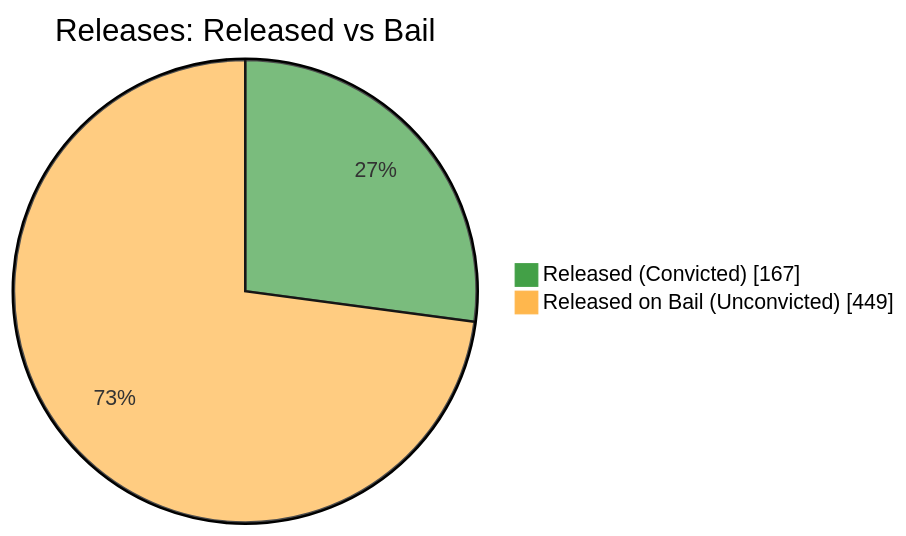
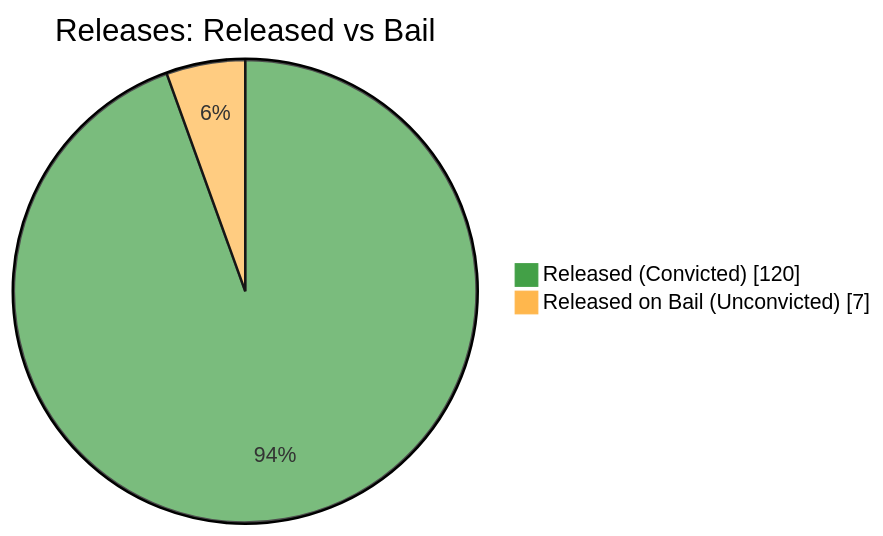
The fifth of 7 diagrams in README.md (nuuuwan/lk_prisons), drawn with Mermaid before and after one commit. The commit also changed other lines of this file and 1 other file, not shown here.

````diff
--- a/README.md
+++ b/README.md
@@ -87,6 +87,6 @@
 ```mermaid
 %%{init: {'themeVariables': {'pie1': '#43A047', 'pie2': '#FFB74D'}}}%%
 pie showData title Releases: Released vs Bail
-    "Released (Convicted)" : 167
-    "Released on Bail (Unconvicted)" : 449
+    "Released (Convicted)" : 120
+    "Released on Bail (Unconvicted)" : 7
 ```
````
